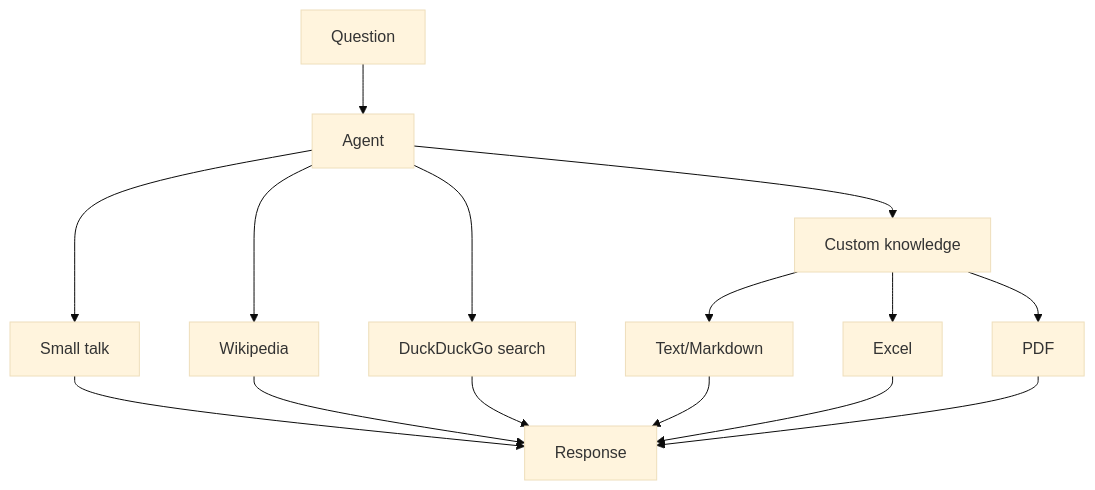
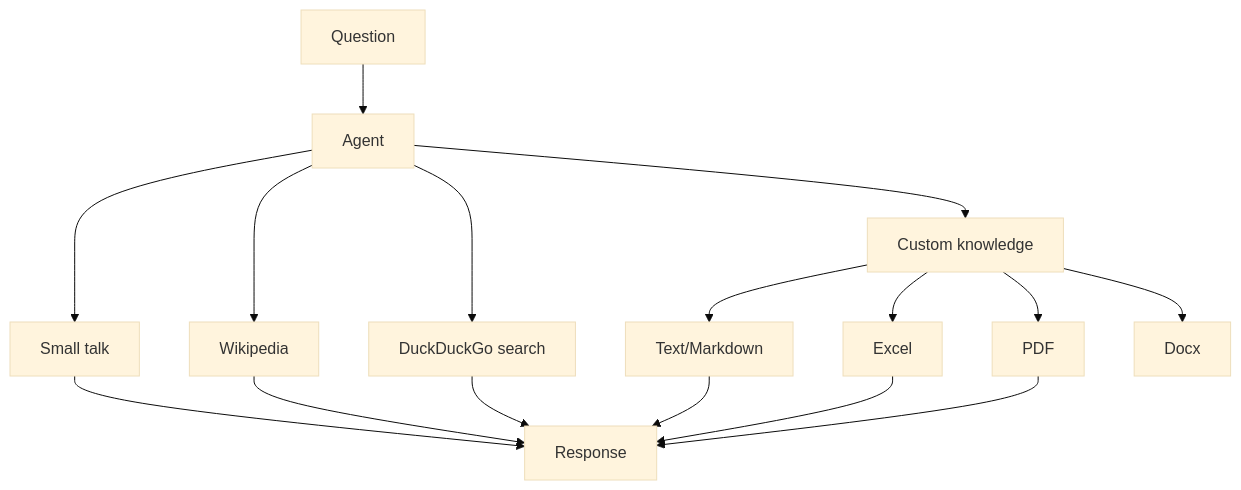
One commit to blacksmithop/Cornucopia changed the diagram in Readme.md. Above: the diagram before and after it, drawn with Mermaid (base theme).

Commit message:
feat: Add docx to supported file types

````diff
--- a/Readme.md
+++ b/Readme.md
@@ -7,18 +7,19 @@
 ```mermaid
 graph TD
   A["Question"]-->B["Agent"]
   B-->C["Small talk"]
   B-->D["Wikipedia"]
   B-->E["Custom knowledge"]
   B-->F["DuckDuckGo search"]
   C-->G["Response"]
   D-->G
   E-->H["Text/Markdown"]
   E-->I["Excel"]
   E-->J["PDF"]
+  E-->K["Docx"]
   F-->G
   H-->G
   I-->G
   J-->G
 
 ```
````
